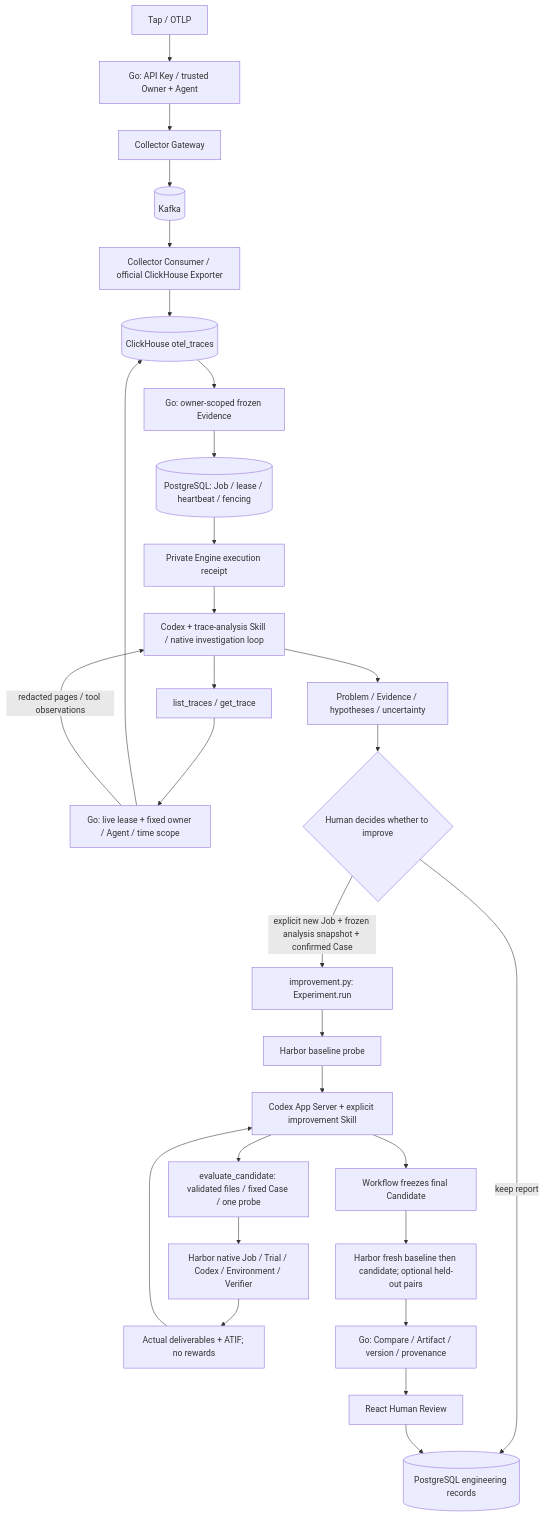
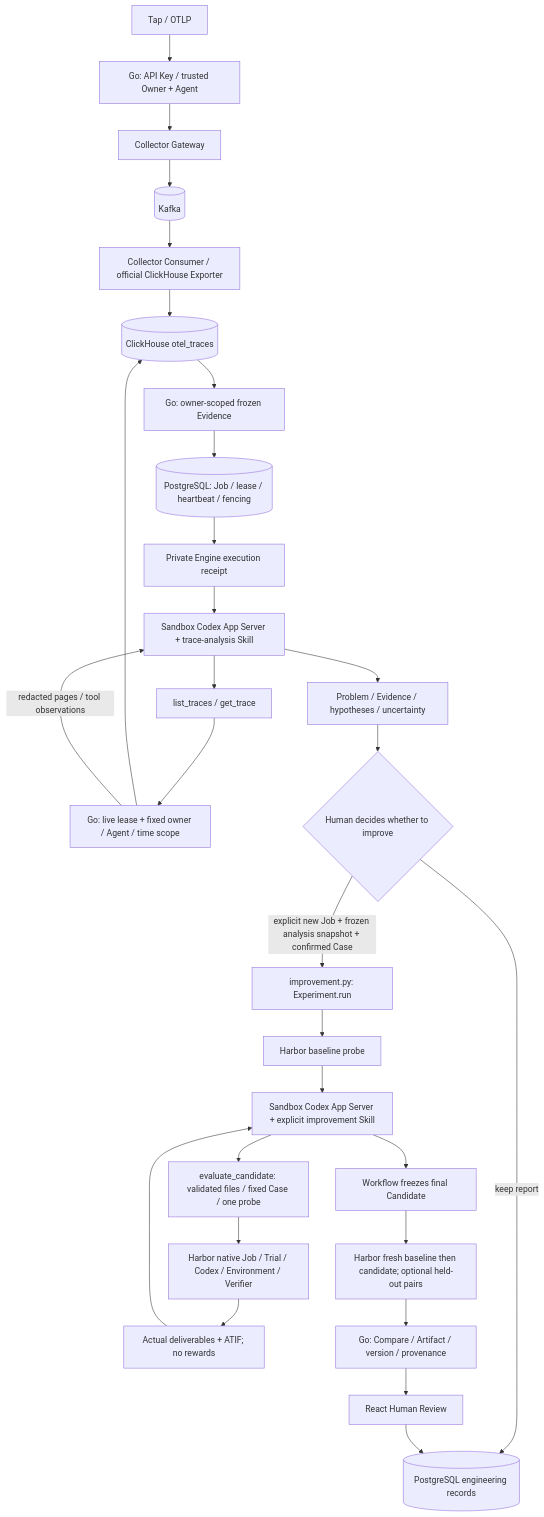
The diagram in docs/ARCHITECTURE.md (fightheyyy/CATENA), drawn with Mermaid before and after one commit. The commit also changed other lines of this file and 52 other files, not shown here.

Commit message:
Unify Codex profiles and schedule every Agent turn in OpenSandbox

````diff
--- a/docs/ARCHITECTURE.md
+++ b/docs/ARCHITECTURE.md
@@ -8,31 +8,31 @@
 ```mermaid
 flowchart TD
     Trace[Tap / OTLP] --> Ingress[Go: API Key / trusted Owner + Agent]
     Ingress --> Gateway[Collector Gateway]
     Gateway --> Kafka[(Kafka)]
     Kafka --> Consumer[Collector Consumer / official ClickHouse Exporter]
     Consumer --> CH[(ClickHouse otel_traces)]
     CH --> Go[Go: owner-scoped frozen Evidence]
     Go --> Queue[(PostgreSQL: Job / lease / heartbeat / fencing)]
     Queue --> Receipt[Private Engine execution receipt]
-    Receipt --> Analyze[Codex + trace-analysis Skill / native investigation loop]
+    Receipt --> Analyze[Sandbox Codex App Server + trace-analysis Skill]
     Analyze --> Query[list_traces / get_trace]
     Query --> Gate[Go: live lease + fixed owner / Agent / time scope]
     Gate --> CH
     Gate -->|redacted pages / tool observations| Analyze
     Analyze --> Report[Problem / Evidence / hypotheses / uncertainty]
     Report --> Decision{Human decides whether to improve}
     Decision -->|keep report| Records
     Decision -->|explicit new Job + frozen analysis snapshot + confirmed Case| Workflow[improvement.py: Experiment.run]
     Workflow --> Base[Harbor baseline probe]
-    Base --> Agent[Codex App Server + explicit improvement Skill]
+    Base --> Agent[Sandbox Codex App Server + explicit improvement Skill]
     Agent --> Tool[evaluate_candidate: validated files / fixed Case / one probe]
     Tool --> Probe[Harbor native Job / Trial / Codex / Environment / Verifier]
     Probe --> Observation[Actual deliverables + ATIF; no rewards]
     Observation --> Agent
     Agent --> Freeze[Workflow freezes final Candidate]
     Freeze --> Pair[Harbor fresh baseline then candidate; optional held-out pairs]
     Pair --> Persist[Go: Compare / Artifact / version / provenance]
     Persist --> Review[React Human Review]
     Review --> Records[(PostgreSQL engineering records)]
 ```
````
